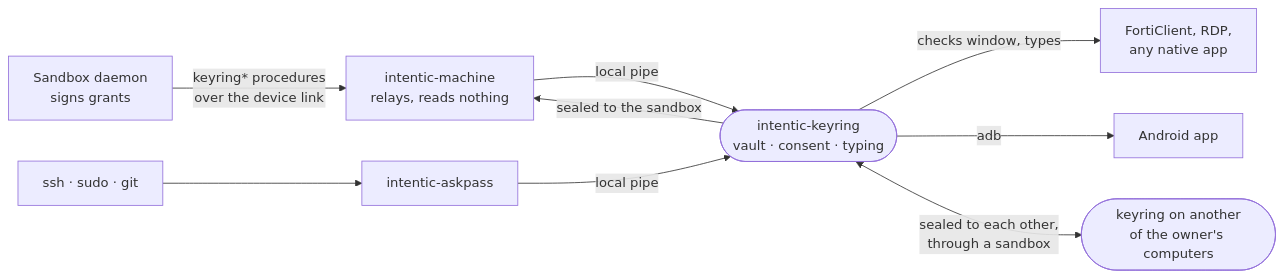
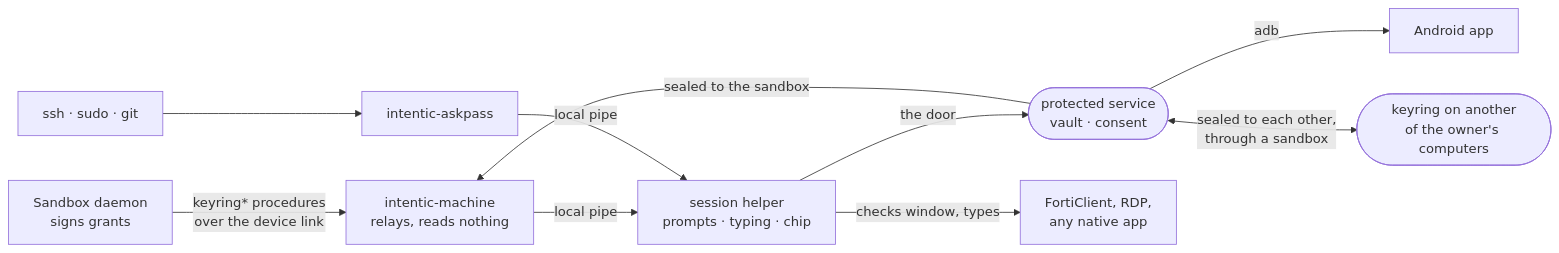
Before and after one commit to intentic/intentic: the diagram in _devices/keyring/README.md, drawn with Mermaid. The commit also changed other lines of this file and 293 other files, not shown here.

First line of the commit message:
feat(keyring): add passwords module, PasswordsApp, and IntenticAutofillService

````diff
--- a/_devices/keyring/README.md
+++ b/_devices/keyring/README.md
@@ -7,10 +7,11 @@
 ```mermaid
 flowchart LR
     sb["Sandbox daemon<br/>signs grants"] -->|"keyring* procedures<br/>over the device link"| m["intentic-machine<br/>relays, reads nothing"]
-    m -->|"local pipe"| k(["intentic-keyring<br/>vault · consent · typing"])
-    k -->|"checks window, types"| app["FortiClient, RDP,<br/>any native app"]
+    m -->|"local pipe"| h["session helper<br/>prompts · typing · chip"]
+    h -->|"the door"| k(["protected service<br/>vault · consent"])
+    h -->|"checks window, types"| app["FortiClient, RDP,<br/>any native app"]
     k -->|"adb"| phone["Android app"]
-    ssh["ssh · sudo · git"] --> ap["intentic-askpass"] -->|"local pipe"| k
+    ssh["ssh · sudo · git"] --> ap["intentic-askpass"] -->|"local pipe"| h
     k -->|"sealed to the sandbox"| m
     k <-->|"sealed to each other,<br/>through a sandbox"| k2(["keyring on another<br/>of the owner's computers"])
 ```
````
